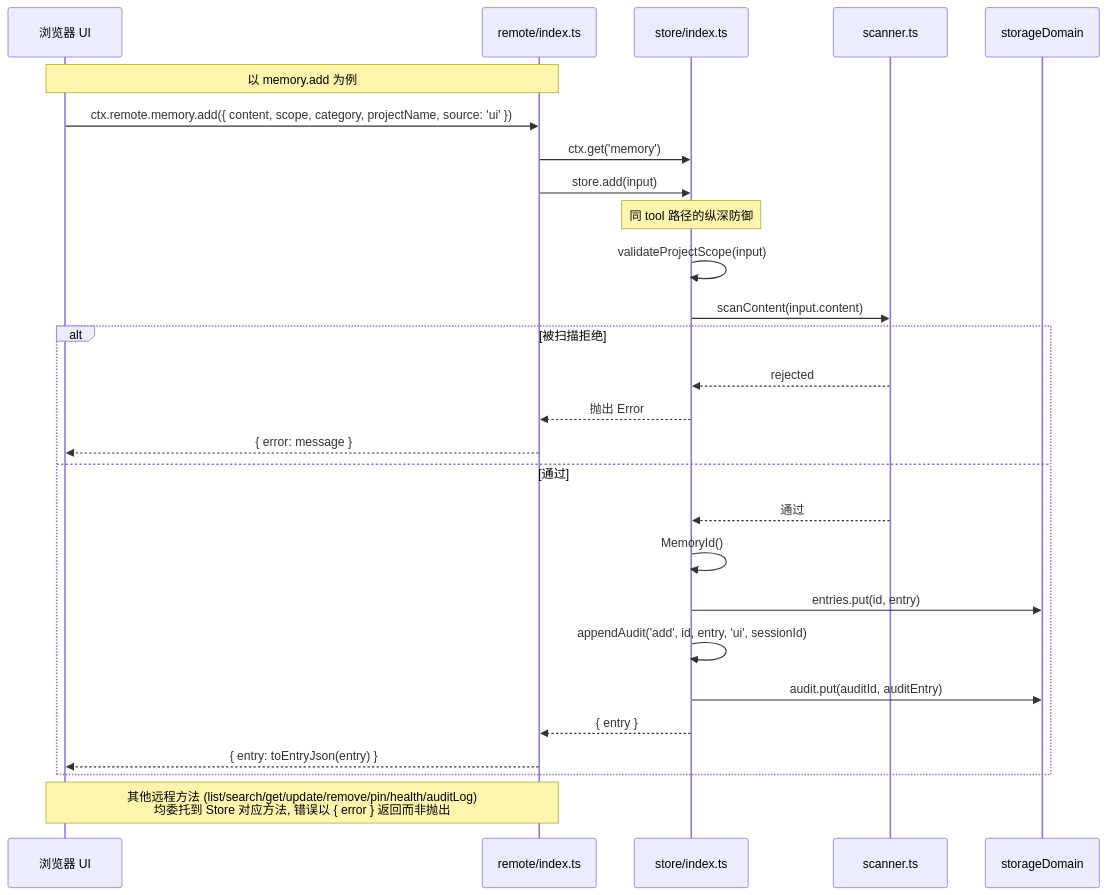
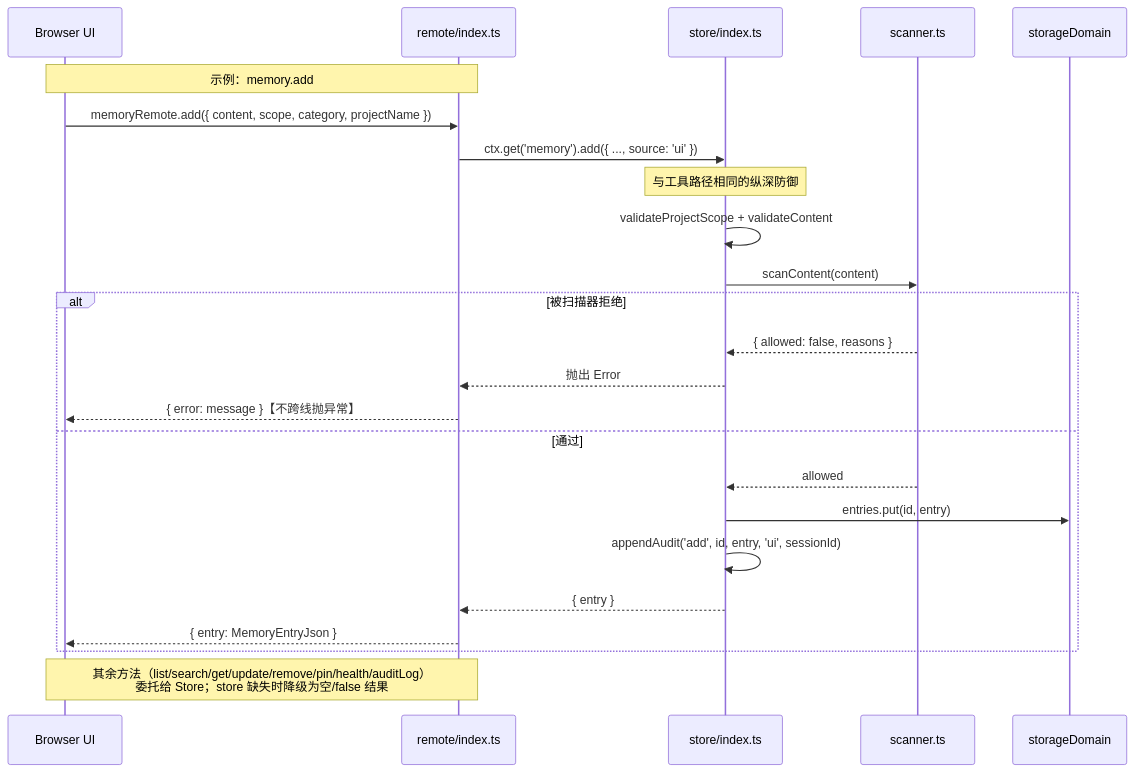
Diagram 12 of 14 in docs/SEQUENCE_DIAGRAMS.zh-CN.md (chenhw7/dsh-memory), drawn with Mermaid before and after one commit. The commit also changed other lines of this file and 5 other files, not shown here.

First line of the commit message:
docs: sync README / TECH_DESIGN / SEQUENCE_DIAGRAMS with the v0.3.0 implementation

````diff
--- a/docs/SEQUENCE_DIAGRAMS.zh-CN.md
+++ b/docs/SEQUENCE_DIAGRAMS.zh-CN.md
@@ -427,34 +533,31 @@
 ```mermaid
 sequenceDiagram
-    participant UI as 浏览器 UI
+    participant UI as Browser UI
     participant Remote as remote/index.ts
     participant Store as store/index.ts
     participant Scanner as scanner.ts
     participant SD as storageDomain
 
-    Note over UI,Remote: 以 memory.add 为例
+    Note over UI,Remote: 示例：memory.add
 
-    UI->>Remote: ctx.remote.memory.add({ content, scope, category, projectName, source: 'ui' })
+    UI->>Remote: memoryRemote.add({ content, scope, category, projectName })
 
-    Remote->>Store: ctx.get('memory')
-    Remote->>Store: store.add(input)
+    Remote->>Store: ctx.get('memory').add({ ..., source: 'ui' })
 
-    Note over Store: 同 tool 路径的纵深防御
-    Store->>Store: validateProjectScope(input)
-    Store->>Scanner: scanContent(input.content)
-    alt 被扫描拒绝
-        Scanner-->>Store: rejected
+    Note over Store: 与工具路径相同的纵深防御
+    Store->>Store: validateProjectScope + validateContent
+    Store->>Scanner: scanContent(content)
+    alt 被扫描器拒绝
+        Scanner-->>Store: { allowed: false, reasons }
         Store-->>Remote: 抛出 Error
-        Remote-->>UI: { error: message }
+        Remote-->>UI: { error: message }【不跨线抛异常】
     else 通过
-        Scanner-->>Store: 通过
-        Store->>Store: MemoryId()
+        Scanner-->>Store: allowed
         Store->>SD: entries.put(id, entry)
         Store->>Store: appendAudit('add', id, entry, 'ui', sessionId)
-        Store->>SD: audit.put(auditId, auditEntry)
         Store-->>Remote: { entry }
-        Remote-->>UI: { entry: toEntryJson(entry) }
+        Remote-->>UI: { entry: MemoryEntryJson }
     end
 
-    Note over UI,Remote: 其他远程方法 (list/search/get/update/remove/pin/health/auditLog)<br/>均委托到 Store 对应方法, 错误以 { error } 返回而非抛出
+    Note over UI,Remote: 其余方法（list/search/get/update/remove/pin/health/auditLog）<br/>委托给 Store；store 缺失时降级为空/false 结果
 ```
````
